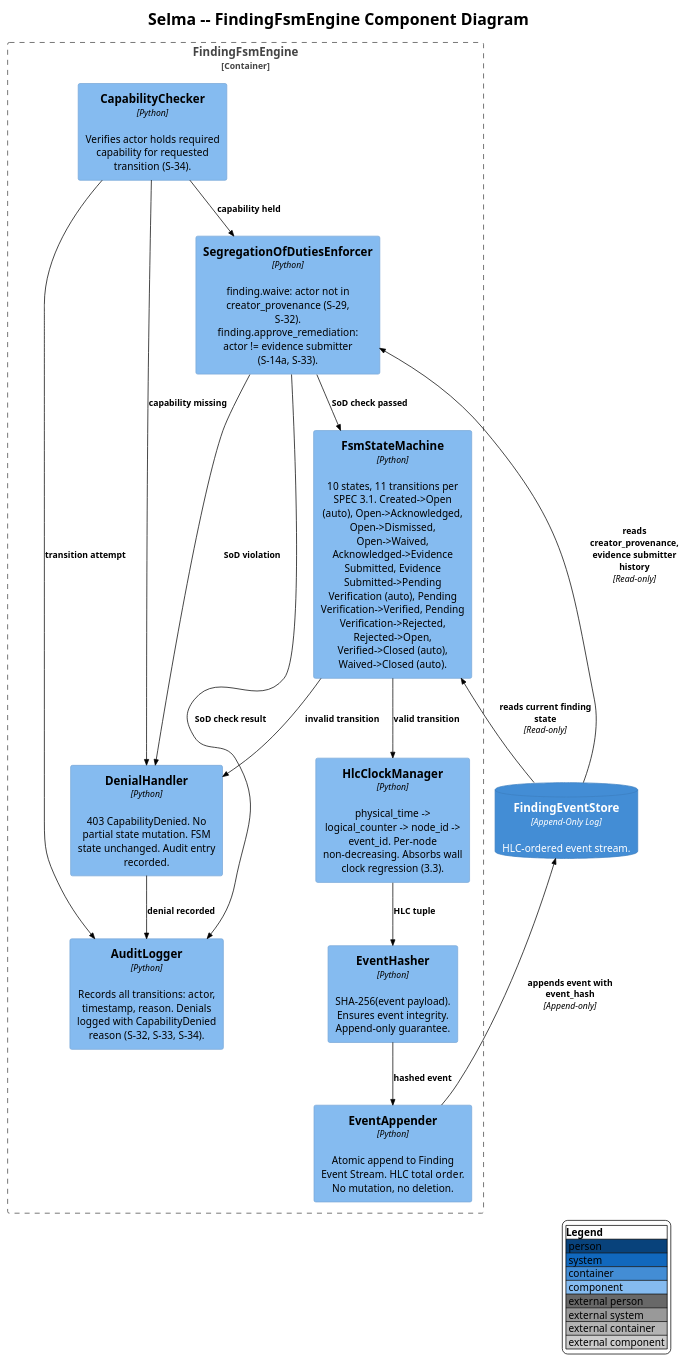
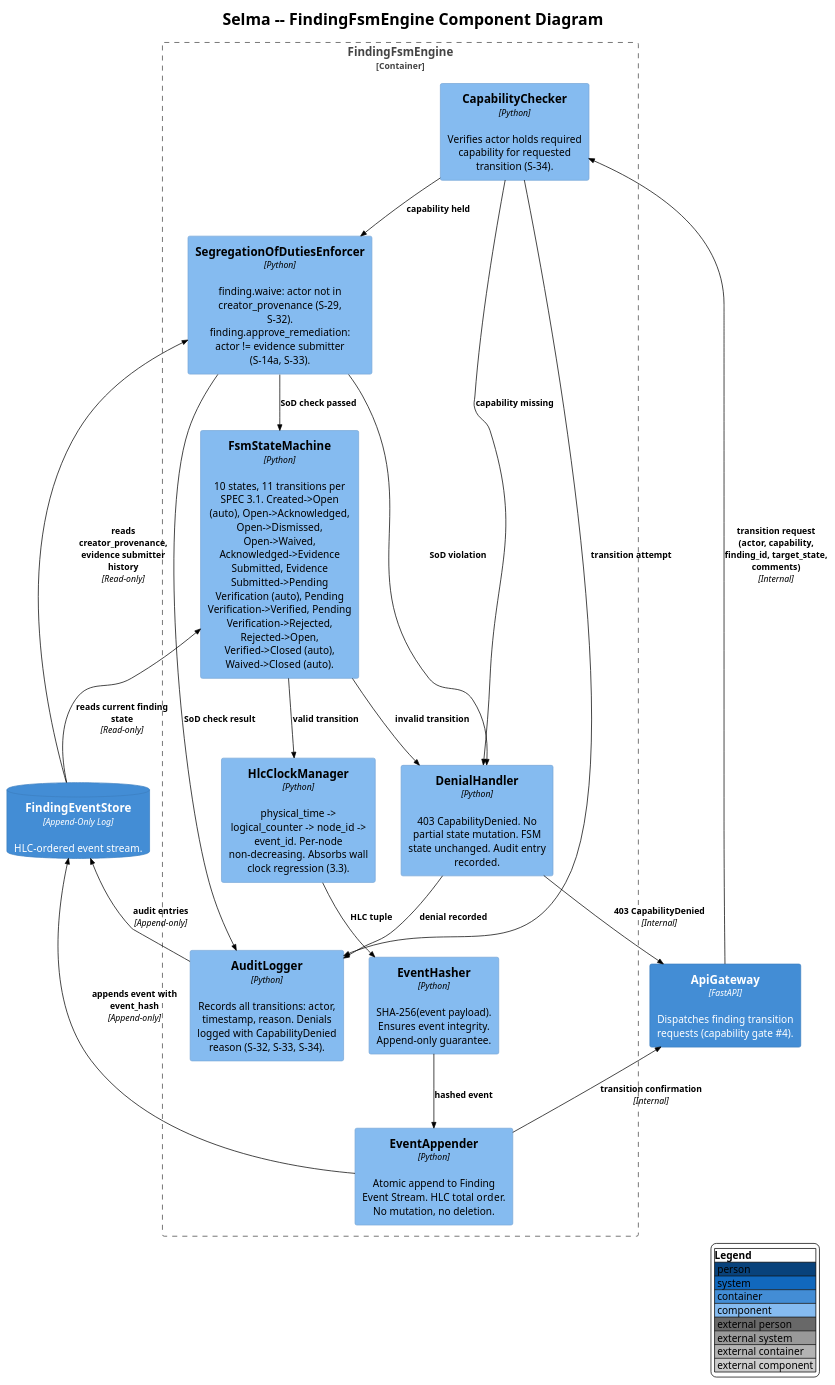
Before and after one commit to salimnamvar/selma: the diagram in docs/C4-Design/c4_selma_component_finding.puml, drawn with PlantUML. The commit also changed 4 other files, not shown here.

Commit message:
feat: Update C4 diagrams for versioning and enhance component relationships

```diff
--- a/docs/C4-Design/c4_selma_component_finding.puml
+++ b/docs/C4-Design/c4_selma_component_finding.puml
@@ -10,41 +10,46 @@
 @startuml
 !include https://raw.githubusercontent.com/plantuml-stdlib/C4-PlantUML/v2.10.0/C4_Component.puml
 !theme plain
 
 LAYOUT_WITH_LEGEND()
 
 title Selma -- FindingFsmEngine Component Diagram
 
 Container_Boundary(fsm, "FindingFsmEngine") {
     Component(capability_checker, "CapabilityChecker", "Python", "Verifies actor holds required capability for requested transition (S-34).")
     Component(sod_enforcer, "SegregationOfDutiesEnforcer", "Python", "finding.waive: actor not in creator_provenance (S-29, S-32). finding.approve_remediation: actor != evidence submitter (S-14a, S-33).")
     Component(fsm_state_machine, "FsmStateMachine", "Python", "10 states, 11 transitions per SPEC 3.1. Created->Open (auto), Open->Acknowledged, Open->Dismissed, Open->Waived, Acknowledged->Evidence Submitted, Evidence Submitted->Pending Verification (auto), Pending Verification->Verified, Pending Verification->Rejected, Rejected->Open, Verified->Closed (auto), Waived->Closed (auto).")
     Component(hlc_clock, "HlcClockManager", "Python", "physical_time -> logical_counter -> node_id -> event_id. Per-node non-decreasing. Absorbs wall clock regression (3.3).")
     Component(event_hasher, "EventHasher", "Python", "SHA-256(event payload). Ensures event integrity. Append-only guarantee.")
     Component(event_appender, "EventAppender", "Python", "Atomic append to Finding Event Stream. HLC total order. No mutation, no deletion.")
     Component(audit_logger, "AuditLogger", "Python", "Records all transitions: actor, timestamp, reason. Denials logged with CapabilityDenied reason (S-32, S-33, S-34).")
     Component(denial_handler, "DenialHandler", "Python", "403 CapabilityDenied. No partial state mutation. FSM state unchanged. Audit entry recorded.")
 }
 
+Container(api_gateway_ext, "ApiGateway", "FastAPI", "Dispatches finding transition requests (capability gate #4).")
 ContainerDb(finding_event_store, "FindingEventStore", "Append-Only Log", "HLC-ordered event stream.")
 
+Rel(api_gateway_ext, capability_checker, "transition request (actor, capability, finding_id, target_state, comments)", "Internal")
 Rel(capability_checker, sod_enforcer, "capability held")
 Rel(capability_checker, denial_handler, "capability missing")
 Rel(sod_enforcer, fsm_state_machine, "SoD check passed")
 Rel(sod_enforcer, denial_handler, "SoD violation")
 Rel(fsm_state_machine, hlc_clock, "valid transition")
 Rel(fsm_state_machine, denial_handler, "invalid transition")
 Rel(hlc_clock, event_hasher, "HLC tuple")
 Rel(event_hasher, event_appender, "hashed event")
 Rel(event_appender, finding_event_store, "appends event with event_hash", "Append-only")
+Rel(event_appender, api_gateway_ext, "transition confirmation", "Internal")
 
 Rel(capability_checker, audit_logger, "transition attempt")
 Rel(sod_enforcer, audit_logger, "SoD check result")
 Rel(denial_handler, audit_logger, "denial recorded")
+Rel(denial_handler, api_gateway_ext, "403 CapabilityDenied", "Internal")
+Rel(audit_logger, finding_event_store, "audit entries", "Append-only")
 
 Rel(finding_event_store, fsm_state_machine, "reads current finding state", "Read-only")
 Rel(finding_event_store, sod_enforcer, "reads creator_provenance, evidence submitter history", "Read-only")
 
 denial_handler -[hidden]right- finding_event_store
 
 @enduml
```
